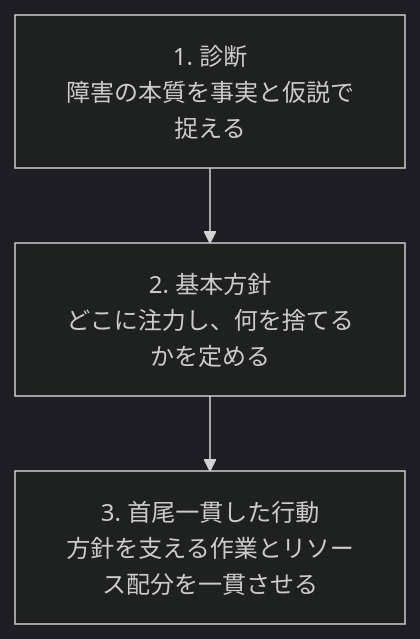
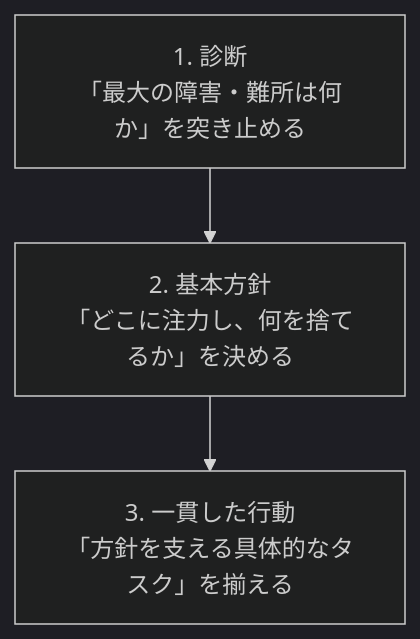
One commit to MasuqaT-NET/Zenn-contents changed the first of 2 diagrams in books/project-management-as-dandori/3.outline.md. Above: the diagram before and after it, drawn with Mermaid (dark theme). The commit also changed other lines of this file and 7 other files, not shown here.

````diff
--- a/books/project-management-as-dandori/3.outline.md
+++ b/books/project-management-as-dandori/3.outline.md
@@ -18,8 +19,8 @@
 ```mermaid
 flowchart TD
-    diagnosis["1. 診断<br>障害の本質を事実と仮説で捉える"]
-    policy["2. 基本方針<br>どこに注力し、何を捨てるかを定める"]
-    action["3. 首尾一貫した行動<br>方針を支える作業とリソース配分を一貫させる"]
+    diagnosis["1. 診断<br>「最大の障害・難所は何か」を突き止める"]
+    policy["2. 基本方針<br>「どこに注力し、何を捨てるか」を決める"]
+    action["3. 一貫した行動<br>「方針を支える具体的なタスク」を揃える"]
 
     diagnosis --> policy --> action
 ```
````
